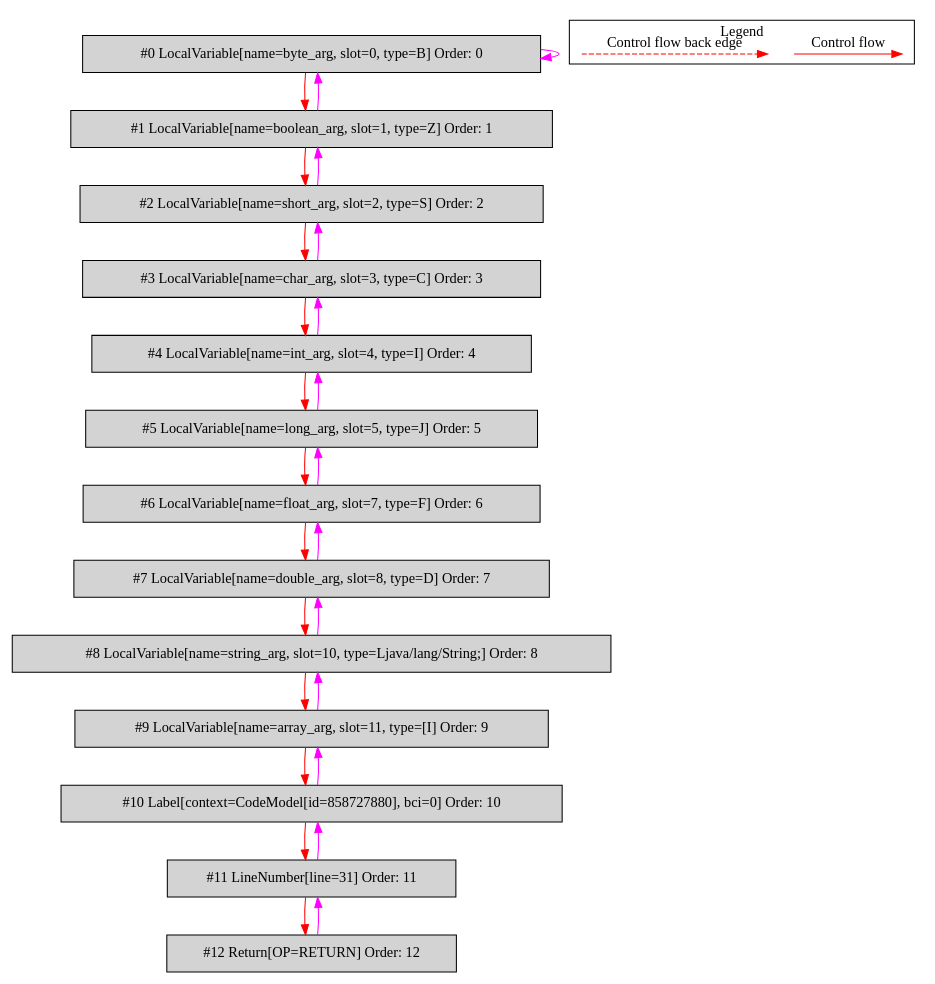
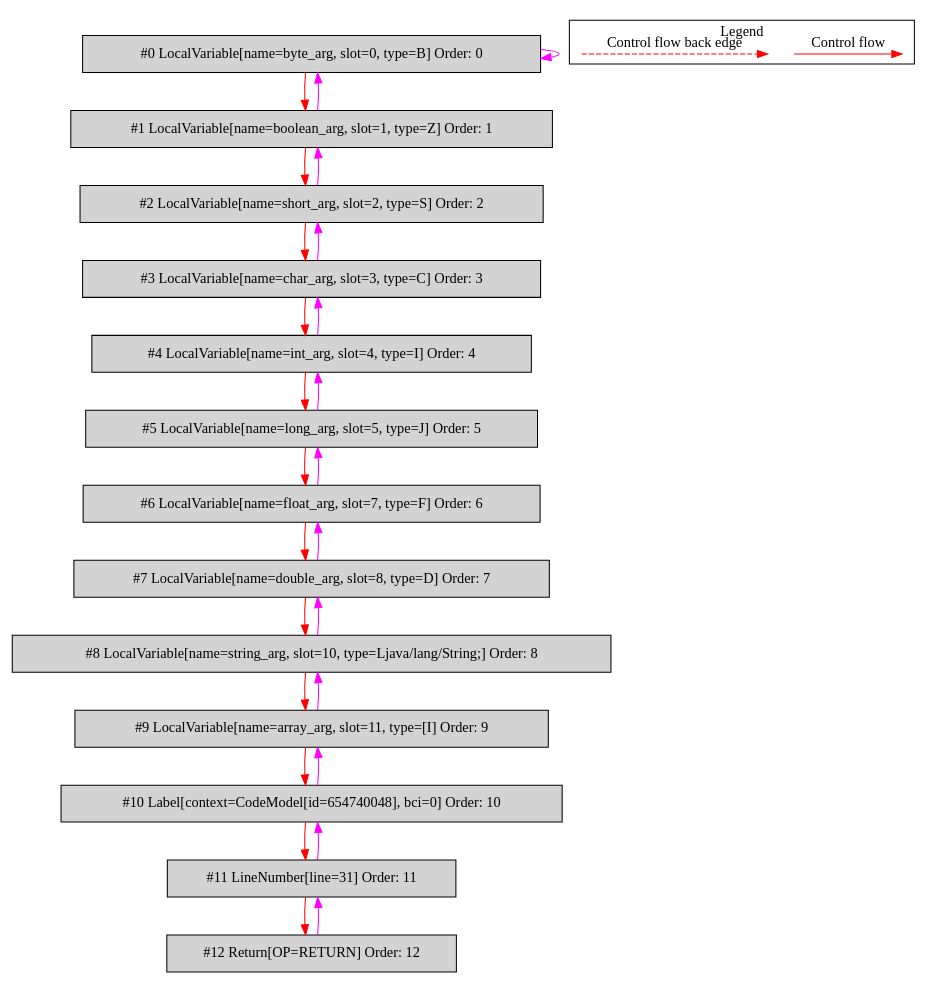
One commit to mirkosertic/MetaIR changed the diagram in de.mirkosertic.metair.ir.examples.MethodInvokeTest/simple_method/bytecodecfg.dot. Above: the diagram before and after it, drawn with Graphviz. The commit also changed 434 other files, not shown here.

```diff
--- a/de.mirkosertic.metair.ir.examples.MethodInvokeTest/simple_method/bytecodecfg.dot
+++ b/de.mirkosertic.metair.ir.examples.MethodInvokeTest/simple_method/bytecodecfg.dot
@@ -1,55 +1,55 @@
 digraph {
  ordering="in";
  node0[label="#0 LocalVariable[name=byte_arg, slot=0, type=B] Order: 0", shape=box, fillcolor=lightgrey, style=filled];
  node1[label="#1 LocalVariable[name=boolean_arg, slot=1, type=Z] Order: 1", shape=box, fillcolor=lightgrey, style=filled];
  node2[label="#2 LocalVariable[name=short_arg, slot=2, type=S] Order: 2", shape=box, fillcolor=lightgrey, style=filled];
  node3[label="#3 LocalVariable[name=char_arg, slot=3, type=C] Order: 3", shape=box, fillcolor=lightgrey, style=filled];
  node4[label="#4 LocalVariable[name=int_arg, slot=4, type=I] Order: 4", shape=box, fillcolor=lightgrey, style=filled];
  node5[label="#5 LocalVariable[name=long_arg, slot=5, type=J] Order: 5", shape=box, fillcolor=lightgrey, style=filled];
  node6[label="#6 LocalVariable[name=float_arg, slot=7, type=F] Order: 6", shape=box, fillcolor=lightgrey, style=filled];
  node7[label="#7 LocalVariable[name=double_arg, slot=8, type=D] Order: 7", shape=box, fillcolor=lightgrey, style=filled];
  node8[label="#8 LocalVariable[name=string_arg, slot=10, type=Ljava/lang/String;] Order: 8", shape=box, fillcolor=lightgrey, style=filled];
  node9[label="#9 LocalVariable[name=array_arg, slot=11, type=[I] Order: 9", shape=box, fillcolor=lightgrey, style=filled];
- node10[label="#10 Label[context=CodeModel[id=858727880], bci=0] Order: 10", shape=box, fillcolor=lightgrey, style=filled];
+ node10[label="#10 Label[context=CodeModel[id=654740048], bci=0] Order: 10", shape=box, fillcolor=lightgrey, style=filled];
  node11[label="#11 LineNumber[line=31] Order: 11", shape=box, fillcolor=lightgrey, style=filled];
  node12[label="#12 Return[OP=RETURN] Order: 12", shape=box, fillcolor=lightgrey, style=filled];
  node0 -> node0[color=fuchsia];
  node0 -> node1[color=red];
  node1 -> node0[color=fuchsia];
  node1 -> node2[color=red];
  node2 -> node1[color=fuchsia];
  node2 -> node3[color=red];
  node3 -> node2[color=fuchsia];
  node3 -> node4[color=red];
  node4 -> node3[color=fuchsia];
  node4 -> node5[color=red];
  node5 -> node4[color=fuchsia];
  node5 -> node6[color=red];
  node6 -> node5[color=fuchsia];
  node6 -> node7[color=red];
  node7 -> node6[color=fuchsia];
  node7 -> node8[color=red];
  node8 -> node7[color=fuchsia];
  node8 -> node9[color=red];
  node9 -> node8[color=fuchsia];
  node9 -> node10[color=red];
  node10 -> node9[color=fuchsia];
  node10 -> node11[color=red];
  node11 -> node10[color=fuchsia];
  node11 -> node12[color=red];
  node12 -> node11[color=fuchsia];
  subgraph cluster_000 {
   label = "Legend";
   node [shape=point]
   {
    rank=same;
    c0 [style = invis];
    c1 [style = invis];
    c2 [style = invis];
    c3 [style = invis];
   }
   c0 -> c1 [label="Control flow", style=solid, color=red]
   c2 -> c3 [label="Control flow back edge", style=dashed, color=red]
  }
 
 }
```
